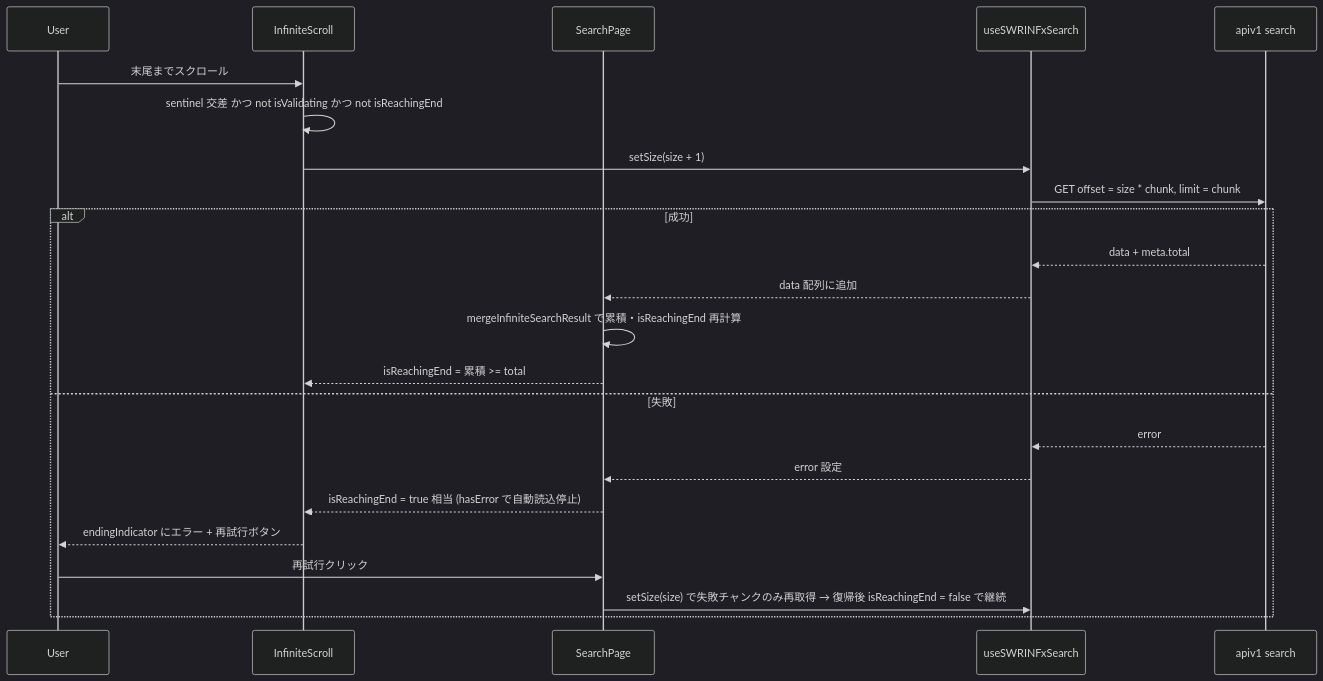
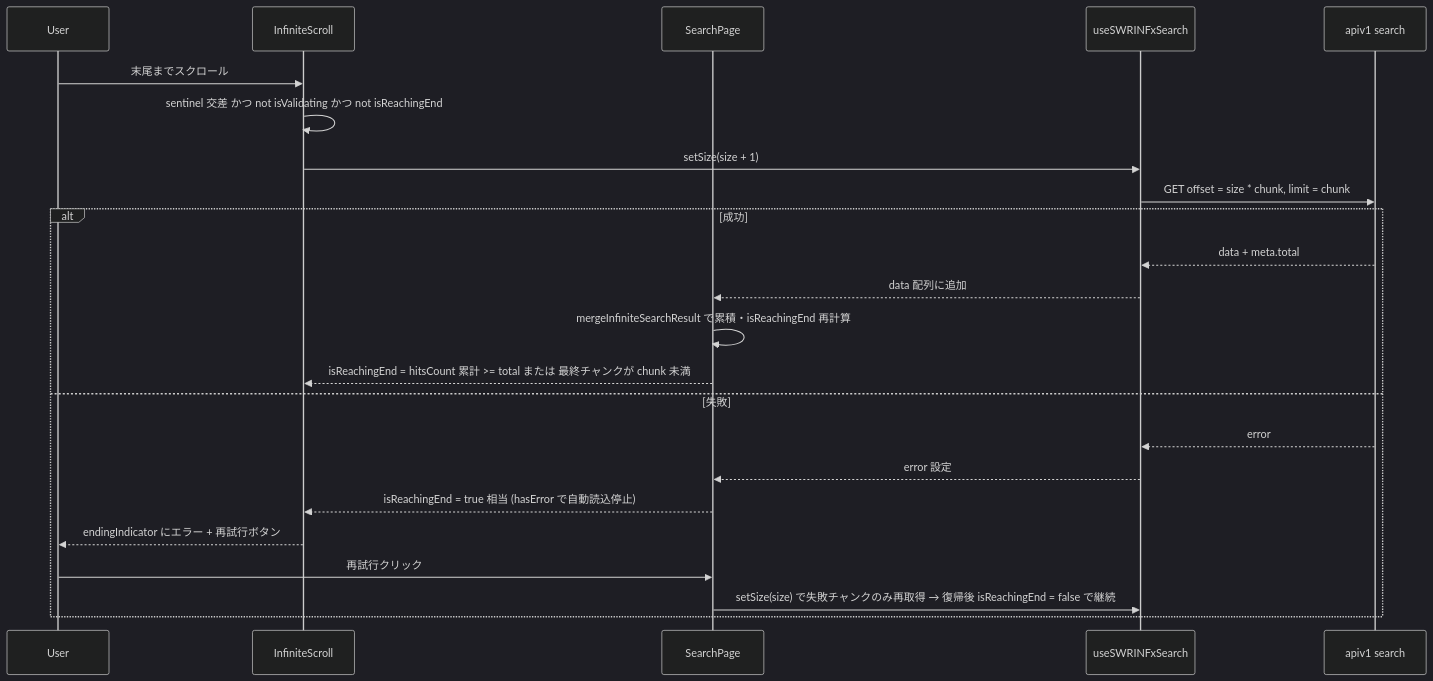
The second of 3 diagrams in .kiro/specs/search-result-infinite-scroll/design.md (growilabs/growi), drawn with Mermaid (dark theme) before and after one commit. The commit also changed other lines of this file and 4 other files, not shown here.

````diff
--- a/.kiro/specs/search-result-infinite-scroll/design.md
+++ b/.kiro/specs/search-result-infinite-scroll/design.md
@@ -146,26 +170,26 @@
 ```mermaid
 sequenceDiagram
     participant U as User
     participant IS as InfiniteScroll
     participant SP as SearchPage
     participant H as useSWRINFxSearch
     participant API as apiv1 search
 
     U->>IS: 末尾までスクロール
     IS->>IS: sentinel 交差 かつ not isValidating かつ not isReachingEnd
     IS->>H: setSize(size + 1)
     H->>API: GET offset = size * chunk, limit = chunk
     alt 成功
         API-->>H: data + meta.total
         H-->>SP: data 配列に追加
         SP->>SP: mergeInfiniteSearchResult で累積・isReachingEnd 再計算
-        SP-->>IS: isReachingEnd = 累積 >= total
+        SP-->>IS: isReachingEnd = hitsCount 累計 >= total または 最終チャンクが chunk 未満
     else 失敗
         API-->>H: error
         H-->>SP: error 設定
         SP-->>IS: isReachingEnd = true 相当 (hasError で自動読込停止)
         IS-->>U: endingIndicator にエラー + 再試行ボタン
         U->>SP: 再試行クリック
         SP->>H: setSize(size) で失敗チャンクのみ再取得 → 復帰後 isReachingEnd = false で継続
     end
 ```
````
